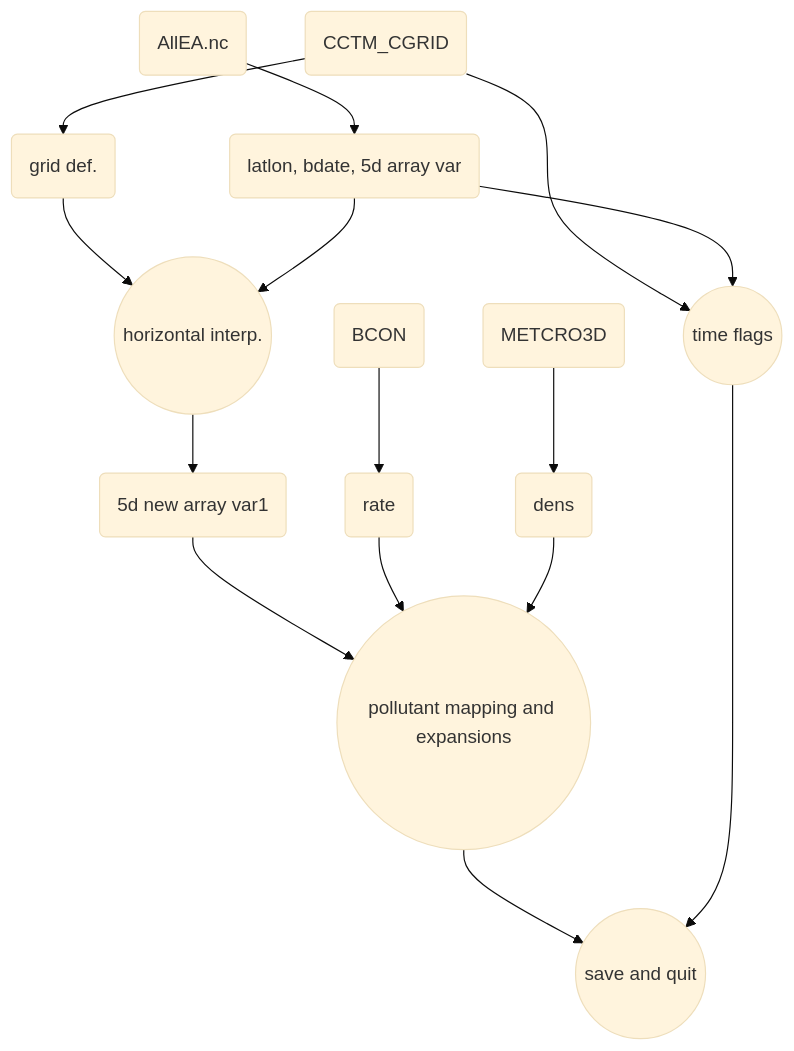
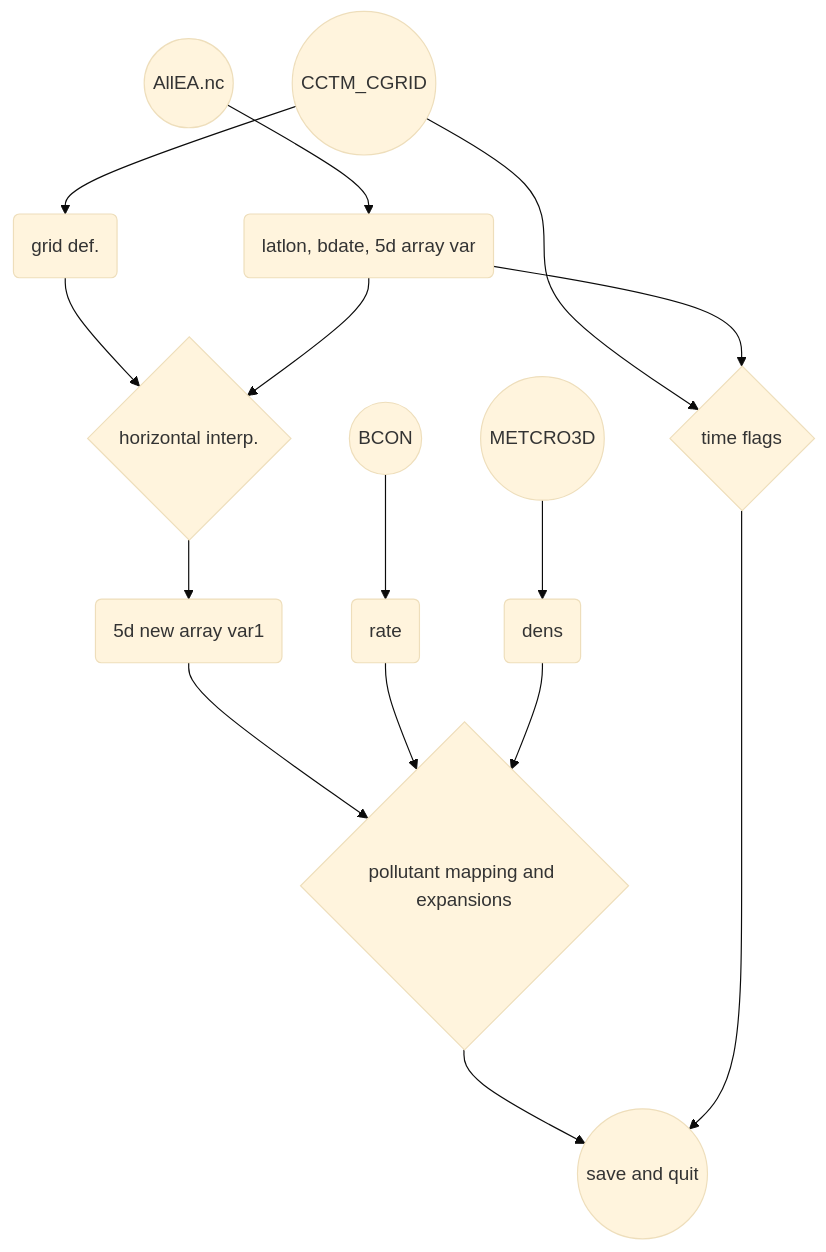
The diagram in _posts/2022-08-16-CAMS_ic.md (sinotec2/FAQ), drawn with Mermaid (base theme) before and after one commit.

````diff
--- a/_posts/2022-08-16-CAMS_ic.md
+++ b/_posts/2022-08-16-CAMS_ic.md
@@ -125,17 +125,17 @@
 ```mermaid
 graph TD
-    A(AllEA.nc) --> B(latlon, bdate, 5d array var)
-    C(BCON) --> D(rate)
-    E(METCRO3D) --> F(dens)
-    G(CCTM_CGRID) --> H(grid def.)
-    G --> I((time flags))
+    A((AllEA.nc)) --> B(latlon, bdate, 5d array var)
+    C((BCON)) --> D(rate)
+    E((METCRO3D)) --> F(dens)
+    G((CCTM_CGRID)) --> H(grid def.)
+    G --> I{time flags}
     B --> I
-    H --> J((horizontal interp.))
+    H --> J{horizontal interp.}
     B --> J
     J --> K(5d new array var1)
-    K --> L((pollutant mapping and expansions))
+    K --> L{pollutant mapping and expansions}
     D --> L
     F --> L
     L --> M((save and quit))
     I --> M 
 ```
````
